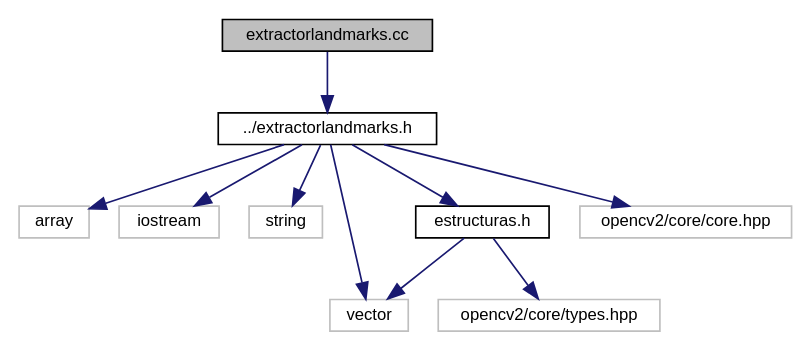
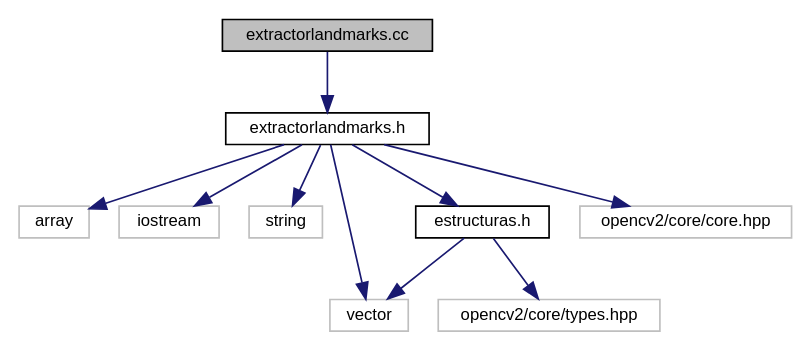
Before and after one commit to agustinavila/ProyectoVision: the diagram in extractorlandmarks_8cc__incl.dot, drawn with Graphviz. The commit also changed 95 other files, not shown here.

```diff
--- a/extractorlandmarks_8cc__incl.dot
+++ b/extractorlandmarks_8cc__incl.dot
@@ -1,24 +1,24 @@
 digraph "extractorlandmarks.cc"
 {
  // LATEX_PDF_SIZE
   edge [fontname="Helvetica",fontsize="10",labelfontname="Helvetica",labelfontsize="10"];
   node [fontname="Helvetica",fontsize="10",shape=record];
   Node1 [label="extractorlandmarks.cc",height=0.2,width=0.4,color="black", fillcolor="grey75", style="filled", fontcolor="black",tooltip="implementacion de la clase abstracta ExtractorLandmarks"];
   Node1 -> Node2 [color="midnightblue",fontsize="10",style="solid",fontname="Helvetica"];
-  Node2 [label="../extractorlandmarks.h",height=0.2,width=0.4,color="black", fillcolor="white", style="filled",URL="$extractorlandmarks_8h.html",tooltip="Declaracion de la clase abstracta ExtractorLandmarks."];
+  Node2 [label="extractorlandmarks.h",height=0.2,width=0.4,color="black", fillcolor="white", style="filled",URL="$extractorlandmarks_8h.html",tooltip="Declaracion de la clase abstracta ExtractorLandmarks."];
   Node2 -> Node3 [color="midnightblue",fontsize="10",style="solid",fontname="Helvetica"];
   Node3 [label="array",height=0.2,width=0.4,color="grey75", fillcolor="white", style="filled",tooltip=" "];
   Node2 -> Node4 [color="midnightblue",fontsize="10",style="solid",fontname="Helvetica"];
   Node4 [label="iostream",height=0.2,width=0.4,color="grey75", fillcolor="white", style="filled",tooltip=" "];
   Node2 -> Node5 [color="midnightblue",fontsize="10",style="solid",fontname="Helvetica"];
   Node5 [label="string",height=0.2,width=0.4,color="grey75", fillcolor="white", style="filled",tooltip=" "];
   Node2 -> Node6 [color="midnightblue",fontsize="10",style="solid",fontname="Helvetica"];
   Node6 [label="vector",height=0.2,width=0.4,color="grey75", fillcolor="white", style="filled",tooltip=" "];
   Node2 -> Node7 [color="midnightblue",fontsize="10",style="solid",fontname="Helvetica"];
   Node7 [label="estructuras.h",height=0.2,width=0.4,color="black", fillcolor="white", style="filled",URL="$estructuras_8h.html",tooltip="Descripcion de distintas estructuras de datos usadas por la clase."];
   Node7 -> Node6 [color="midnightblue",fontsize="10",style="solid",fontname="Helvetica"];
   Node7 -> Node8 [color="midnightblue",fontsize="10",style="solid",fontname="Helvetica"];
   Node8 [label="opencv2/core/types.hpp",height=0.2,width=0.4,color="grey75", fillcolor="white", style="filled",tooltip=" "];
   Node2 -> Node9 [color="midnightblue",fontsize="10",style="solid",fontname="Helvetica"];
   Node9 [label="opencv2/core/core.hpp",height=0.2,width=0.4,color="grey75", fillcolor="white", style="filled",tooltip=" "];
 }
```
